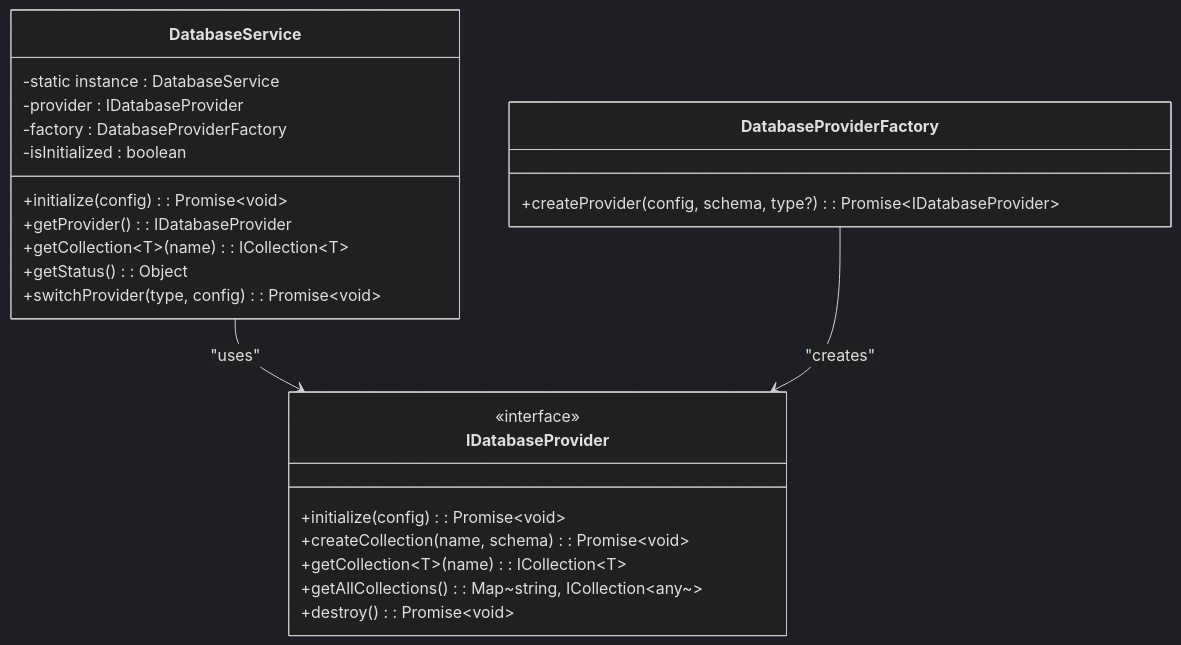
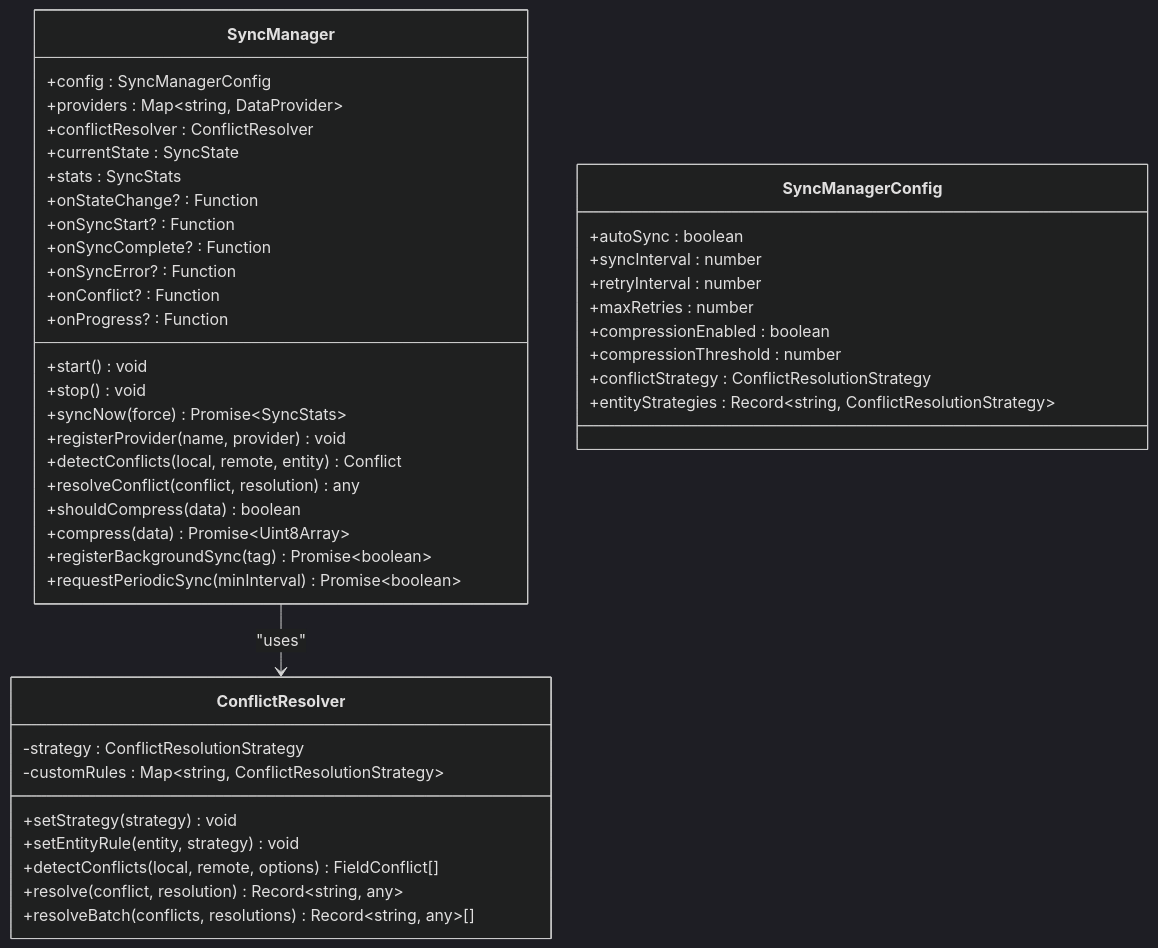
The second of 20 diagrams in .qoder/repowiki/en/content/Architecture Overview/Data Management Architecture/Data Synchronization Workflow/Data Synchronization Workflow.md (geniusdynamics/schoolpilot), drawn with Mermaid (dark theme) before and after one commit. The commit also changed other lines of this file and 8 other files, not shown here.

````diff
--- a/.qoder/repowiki/en/content/Architecture Overview/Data Management Architecture/Data Synchronization Workflow/Data Synchronization Workflow.md
+++ b/.qoder/repowiki/en/content/Architecture Overview/Data Management Architecture/Data Synchronization Workflow/Data Synchronization Workflow.md
@@ -79,27 +98,46 @@
 ```mermaid
 classDiagram
-class DatabaseService {
--static instance : DatabaseService
--provider : IDatabaseProvider
--factory : DatabaseProviderFactory
--isInitialized : boolean
-+initialize(config) : Promise~void~
-+getProvider() : IDatabaseProvider
-+getCollection~T~(name) : ICollection~T~
-+getStatus() : Object
-+switchProvider(type, config) : Promise~void~
+class SyncManager {
++config : SyncManagerConfig
++providers : Map~string, DataProvider~
++conflictResolver : ConflictResolver
++currentState : SyncState
++stats : SyncStats
++onStateChange? : Function
++onSyncStart? : Function
++onSyncComplete? : Function
++onSyncError? : Function
++onConflict? : Function
++onProgress? : Function
++start() void
++stop() void
++syncNow(force) Promise~SyncStats~
++registerProvider(name, provider) void
++detectConflicts(local, remote, entity) Conflict
++resolveConflict(conflict, resolution) any
++shouldCompress(data) boolean
++compress(data) Promise~Uint8Array~
++registerBackgroundSync(tag) Promise~boolean~
++requestPeriodicSync(minInterval) Promise~boolean~
 }
-class IDatabaseProvider {
-<<interface>>
-+initialize(config) : Promise~void~
-+createCollection(name, schema) : Promise~void~
-+getCollection~T~(name) : ICollection~T~
-+getAllCollections() : Map~string, ICollection~any~~
-+destroy() : Promise~void~
+class ConflictResolver {
+-strategy : ConflictResolutionStrategy
+-customRules : Map~string, ConflictResolutionStrategy~
++setStrategy(strategy) void
++setEntityRule(entity, strategy) void
++detectConflicts(local, remote, options) FieldConflict[]
++resolve(conflict, resolution) Record~string, any~
++resolveBatch(conflicts, resolutions) Record~string, any~[]
 }
-class DatabaseProviderFactory {
-+createProvider(config, schema, type?) : Promise~IDatabaseProvider~
+class SyncManagerConfig {
++autoSync : boolean
++syncInterval : number
++retryInterval : number
++maxRetries : number
++compressionEnabled : boolean
++compressionThreshold : number
++conflictStrategy : ConflictResolutionStrategy
++entityStrategies : Record~string, ConflictResolutionStrategy~
 }
-DatabaseService --> IDatabaseProvider : "uses"
-DatabaseProviderFactory --> IDatabaseProvider : "creates"
+SyncManager --> ConflictResolver : "uses"
 ```
````
